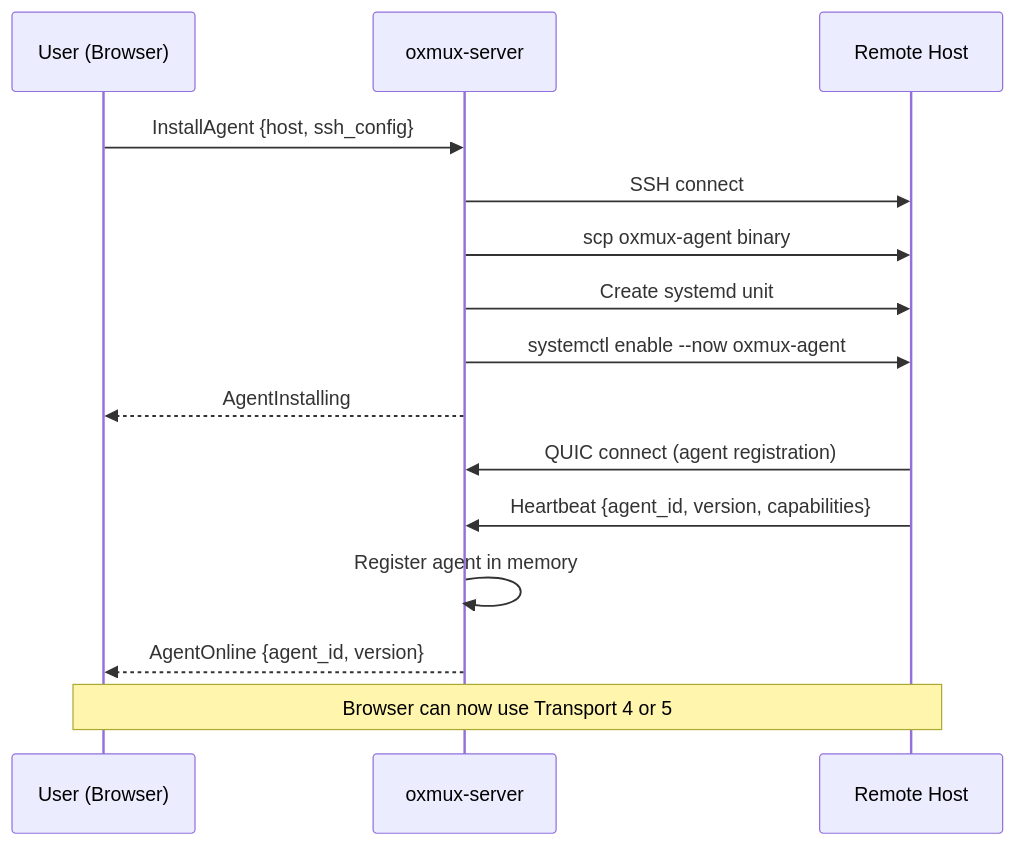
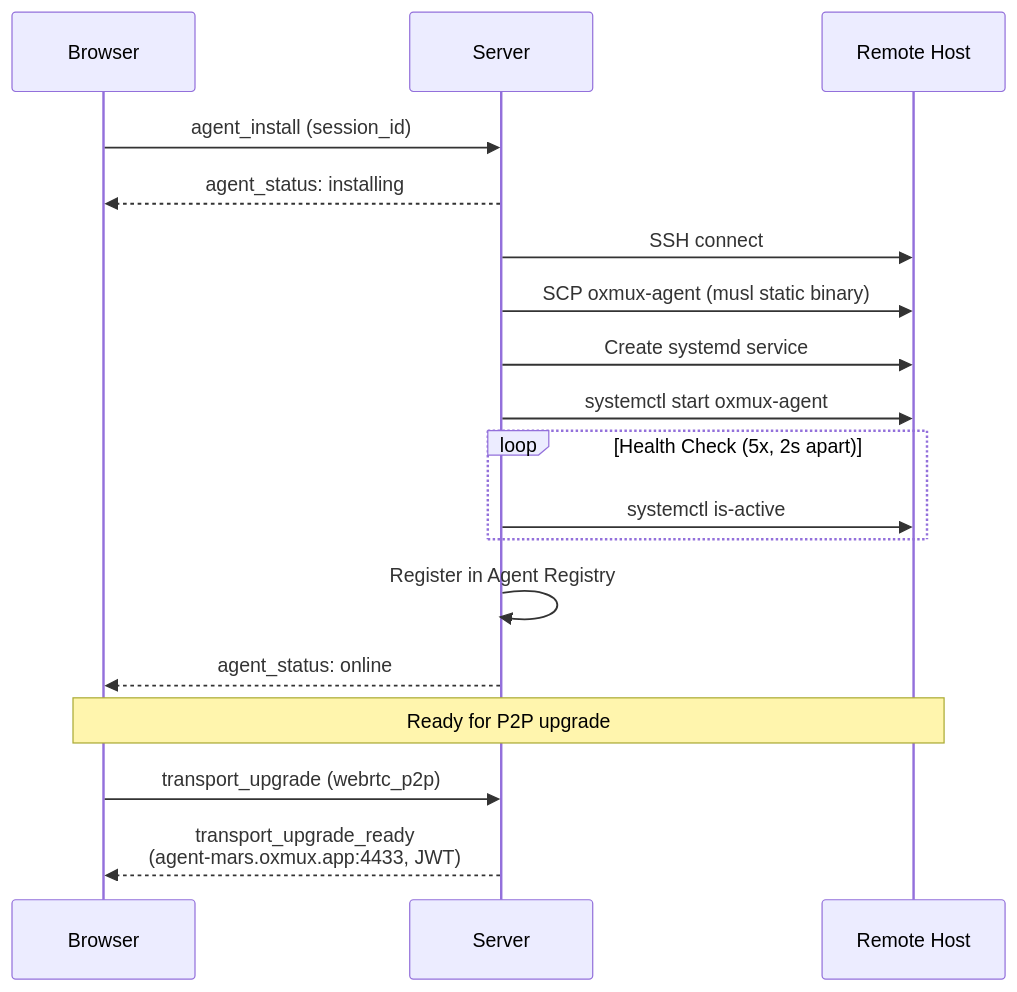
The seventh of 8 diagrams in docs/architecture.md (gjovanov/oxmux), drawn with Mermaid before and after one commit. The commit also changed other lines of this file and 7 other files, not shown here.

First line of the commit message:
feat: session cleanup, encoding fix, DC backpressure, docs with Mermaid

````diff
--- a/docs/architecture.md
+++ b/docs/architecture.md
@@ -310,20 +195,25 @@
 ```mermaid
 sequenceDiagram
-    participant U as User (Browser)
-    participant S as oxmux-server
+    participant B as Browser
+    participant S as Server
     participant H as Remote Host
 
-    U->>S: InstallAgent {host, ssh_config}
+    B->>S: agent_install (session_id)
+    S-->>B: agent_status: installing
+
     S->>H: SSH connect
-    S->>H: scp oxmux-agent binary
-    S->>H: Create systemd unit
-    S->>H: systemctl enable --now oxmux-agent
-    S-->>U: AgentInstalling
+    S->>H: SCP oxmux-agent (musl static binary)
+    S->>H: Create systemd service
+    S->>H: systemctl start oxmux-agent
 
-    H->>S: QUIC connect (agent registration)
-    H->>S: Heartbeat {agent_id, version, capabilities}
-    S->>S: Register agent in memory
-    S-->>U: AgentOnline {agent_id, version}
+    loop Health Check (5x, 2s apart)
+        S->>H: systemctl is-active
+    end
 
-    Note over U,H: Browser can now use Transport 4 or 5
+    S->>S: Register in Agent Registry
+    S-->>B: agent_status: online
+
+    Note over B,H: Ready for P2P upgrade
+    B->>S: transport_upgrade (webrtc_p2p)
+    S-->>B: transport_upgrade_ready<br/>(agent-mars.oxmux.app:4433, JWT)
 ```
````
